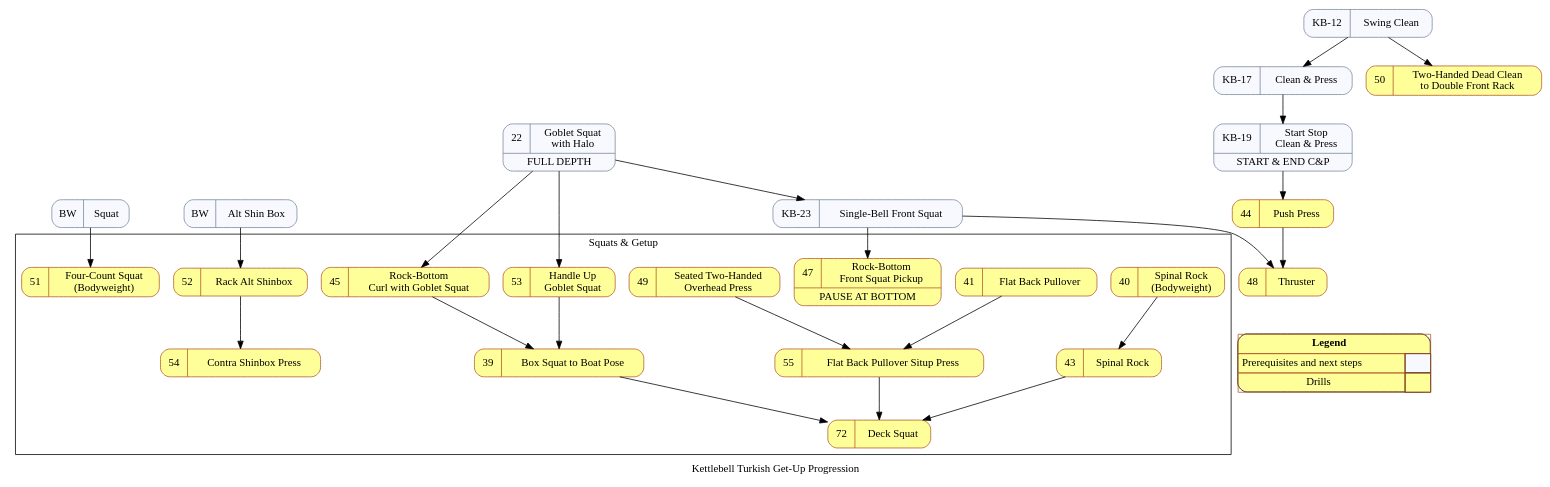
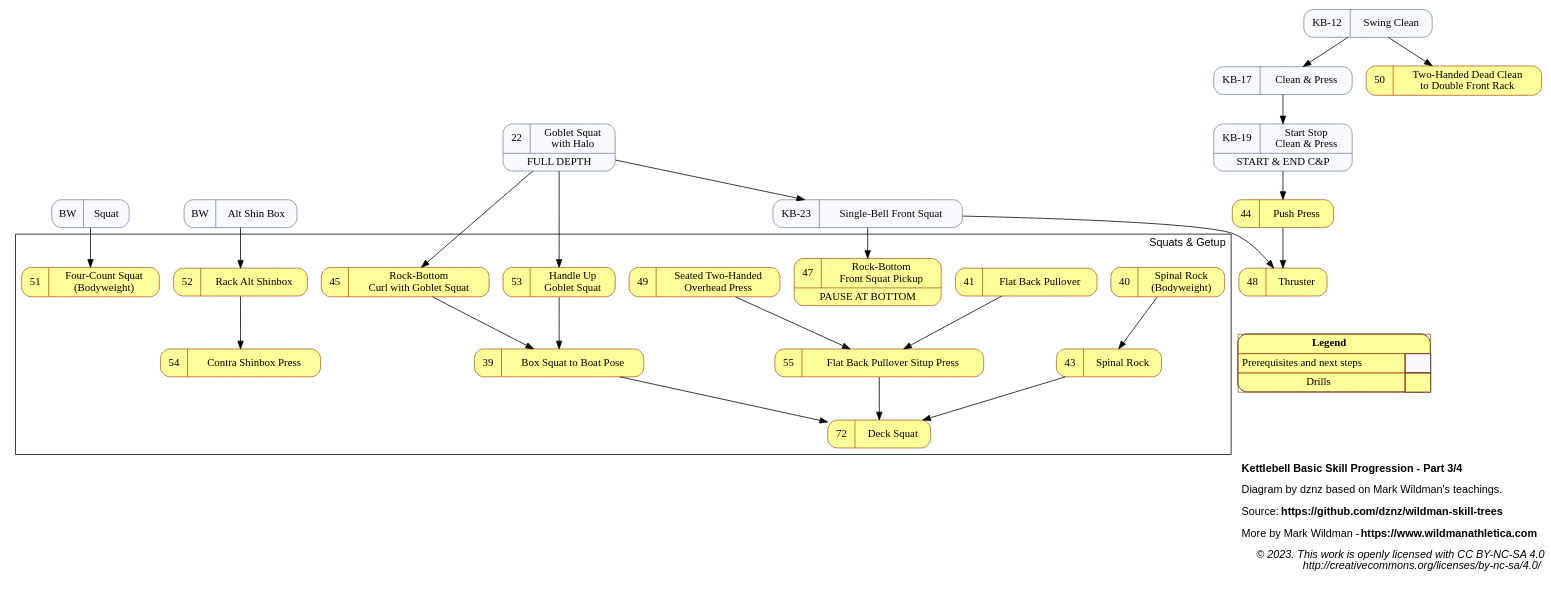
Before and after one commit to dznz/wildman-skill-trees: the diagram in src/kb/kb_progression_3.gv, drawn with Graphviz. The commit also changed 9 other files, not shown here.

```diff
--- a/src/kb/kb_progression_3.gv
+++ b/src/kb/kb_progression_3.gv
@@ -1,99 +1,108 @@
 digraph kb_progression {
-  // Kettlebell Turkish Get-Up Progression Diagram © 2023
-  // by dznz using knowledge from Mark Wildman is licensed
-  // under CC BY-NC-SA 4.0 
-  // http://creativecommons.org/licenses/by-nc-sa/4.0/
-  label="Kettlebell Turkish Get-Up Progression"
+
+  label=<
+<B>Kettlebell Basic Skill Progression - Part 3/4</B><BR ALIGN="LEFT"/><BR ALIGN="LEFT"/>
+Diagram by dznz based on Mark Wildman's teachings.<BR ALIGN="LEFT"/><BR ALIGN="LEFT"/>
+Source: <B>https://github.com/dznz/wildman-skill-trees</B><BR ALIGN="LEFT"/><BR ALIGN="LEFT"/>
+More by Mark Wildman - <B>https://www.wildmanathletica.com</B><BR ALIGN="LEFT"/><BR ALIGN="LEFT"/>
+<I>
+© 2023. This work is openly licensed with CC BY-NC-SA 4.0<BR ALIGN="RIGHT"/>
+http://creativecommons.org/licenses/by-nc-sa/4.0/<BR ALIGN="RIGHT"/>
+</I>
+  >
+  graph [labeljust=r]
+  graph [fontname="Helvetica,Arial,sans-serif"]
+
   node [colorscheme="paired12"]
   node [shape=record]
   node [style="rounded,filled"]
   node [color=12, fillcolor=11]
 
   subgraph pre {
     node [color=lightslategrey, fillcolor=ghostwhite]
     ext_bw_squat       [label="{{BW|Squat}}"]
     ext_bw_altshinbox  [label="{{BW|Alt Shin Box}}"]
     mov_clean          [label="KB-12|Swing Clean"                                   URL="https://www.youtube.com/watch?v=_nIsSXWs5iU&list=PLk4oYPJ7TXKhX8YqA2AVrfgs_pEF6p7KA&index=12"]
     mov_cap            [label="KB-17|Clean & Press"                                 URL="https://www.youtube.com/watch?v=SSxB3m5qRas&list=PLk4oYPJ7TXKhX8YqA2AVrfgs_pEF6p7KA&index=17"]
     mov_startstopcap   [label="{{KB-19|Start Stop\nClean & Press}|START & END C&P}" URL="https://www.youtube.com/watch?v=dSj3kqbuois&list=PLk4oYPJ7TXKhX8YqA2AVrfgs_pEF6p7KA&index=19"]
     mov_gobsquathalo   [label="{{22|Goblet Squat\nwith Halo}|FULL DEPTH}"           URL="https://www.youtube.com/watch?v=cnZ8Mx8NQPE&list=PLk4oYPJ7TXKhX8YqA2AVrfgs_pEF6p7KA&index=22"]
     mov_racksquat      [label="{{KB-23|Single-Bell Front Squat}}"                   URL="https://www.youtube.com/watch?v=KTDVl0Lkdc4&list=PLk4oYPJ7TXKhX8YqA2AVrfgs_pEF6p7KA&index=23"]
   }
 
   mov_boxsquat2boat      [label="{{39|Box Squat to Boat Pose}}"              URL="https://www.youtube.com/watch?v=KTDVl0Lkdc4&list=PLk4oYPJ7TXKhX8YqA2AVrfgs_pEF6p7KA&index=41"]
   mov_bwspinalrock       [label="{{40|Spinal Rock\n(Bodyweight)}}"           URL="https://www.youtube.com/watch?v=KTDVl0Lkdc4&list=PLk4oYPJ7TXKhX8YqA2AVrfgs_pEF6p7KA&index=42"]
   mov_flatbackpullover   [label="{{41|Flat Back Pullover}}"                  URL="https://www.youtube.com/watch?v=KTDVl0Lkdc4&list=PLk4oYPJ7TXKhX8YqA2AVrfgs_pEF6p7KA&index=43"]
   // 42 in TGU diagram
   mov_spinalrock         [label="{{43|Spinal Rock}}"                         URL="https://www.youtube.com/watch?v=KTDVl0Lkdc4&list=PLk4oYPJ7TXKhX8YqA2AVrfgs_pEF6p7KA&index=48"]
   mov_pushpress          [label="{{44|Push Press}}"                          URL="https://www.youtube.com/watch?v=KTDVl0Lkdc4&list=PLk4oYPJ7TXKhX8YqA2AVrfgs_pEF6p7KA&index=49"]
   mov_gobsquatcurl       [label="{{45|Rock-Bottom\nCurl with Goblet Squat}}" URL="https://www.youtube.com/watch?v=KTDVl0Lkdc4&list=PLk4oYPJ7TXKhX8YqA2AVrfgs_pEF6p7KA&index=50"]
   // Missing 46
   mov_racksquatpickup    [label="{{47|Rock-Bottom\nFront Squat Pickup}|PAUSE AT BOTTOM}" URL="https://www.youtube.com/watch?v=KTDVl0Lkdc4&list=PLk4oYPJ7TXKhX8YqA2AVrfgs_pEF6p7KA&index=52"]
   mov_thruster           [label="{{48|Thruster}}"                                        URL="https://www.youtube.com/watch?v=KTDVl0Lkdc4&list=PLk4oYPJ7TXKhX8YqA2AVrfgs_pEF6p7KA&index=48"]
   mov_seatedpress        [label="{{49|Seated Two-Handed\nOverhead Press}}"               URL="https://www.youtube.com/watch?v=KTDVl0Lkdc4&list=PLk4oYPJ7TXKhX8YqA2AVrfgs_pEF6p7KA&index=54"]
   mov_2hdeadclean2rack   [label="{{50|Two-Handed Dead Clean\nto Double Front Rack}}"     URL="https://www.youtube.com/watch?v=acqKxfMGAbk&list=PLk4oYPJ7TXKhX8YqA2AVrfgs_pEF6p7KA&index=55"]
   mov_fourcountsquat     [label="{{51|Four-Count Squat\n(Bodyweight)}}"                  URL="https://www.youtube.com/watch?v=1rkGfL1EdWI"]
   mov_rackaltshinbox     [label="{{52|Rack Alt Shinbox}}"                                URL="https://www.youtube.com/watch?v=AoEYX36Q2Zg"]
   mov_hornygobsquat      [label="{{53|Handle Up\nGoblet Squat}}"                         URL="https://www.youtube.com/watch?v=i2AtDi4yZSA"]
   mov_shinboxpress       [label="{{54|Contra Shinbox Press}}"                            URL="https://www.youtube.com/watch?v=FEbi2lKVEHU"]
   mov_backpullsituppress [label="{{55|Flat Back Pullover Situp Press}}"                  URL="https://www.youtube.com/watch?v=KTDVl0Lkdc4&list=PLk4oYPJ7TXKhX8YqA2AVrfgs_pEF6p7KA&index=57"]
   
   mov_deck               [label="{{72|Deck Squat}}"                        URL="https://www.youtube.com/watch?v=vUJ3sZVwZ4Y"];
   
 
   // Precursor dependencies
   ext_bw_squat -> mov_fourcountsquat
   ext_bw_altshinbox -> mov_rackaltshinbox;
   mov_gobsquathalo -> mov_racksquat;
   mov_clean -> mov_2hdeadclean2rack;
   mov_clean -> mov_cap;
   mov_cap -> mov_startstopcap;
   mov_startstopcap -> mov_pushpress;
   mov_gobsquatcurl -> mov_boxsquat2boat;
   mov_hornygobsquat -> mov_boxsquat2boat;
   mov_gobsquathalo -> mov_gobsquatcurl;
   mov_gobsquathalo -> mov_hornygobsquat;
   mov_racksquat -> mov_racksquatpickup;
   mov_racksquat -> mov_thruster;
 
 
   // Ungrouped drills
   mov_pushpress -> mov_thruster;
   mov_backpullsituppress -> mov_deck;
 
   subgraph cluster_squat {
     label="Squats & Getup"
 
     // Getups
     mov_rackaltshinbox -> mov_shinboxpress
     mov_flatbackpullover -> mov_backpullsituppress;
     mov_seatedpress -> mov_backpullsituppress;
 
     // Squats
     mov_boxsquat2boat -> mov_deck;
     mov_bwspinalrock -> mov_spinalrock;
     mov_spinalrock -> mov_deck;
     mov_gobsquatcurl
     mov_racksquatpickup
     mov_fourcountsquat
     mov_hornygobsquat
   }
 
   { rank = sink;
     Legend [shape=none, margin=0, label=<
     <TABLE BORDER="0" CELLBORDER="1" CELLSPACING="0" CELLPADDING="4">
      <TR>
       <TD COLSPAN="2"><B>Legend</B></TD>
      </TR>
      <TR>
       <TD>Prerequisites and next steps</TD>
       <TD BGCOLOR="ghostwhite">&nbsp;&nbsp;&nbsp;&nbsp;&nbsp;</TD>
      </TR>
      <TR>
       <TD>Drills</TD>
       <TD BGCOLOR="11"></TD>
      </TR>
     </TABLE>
    >];
   }
 }
```
